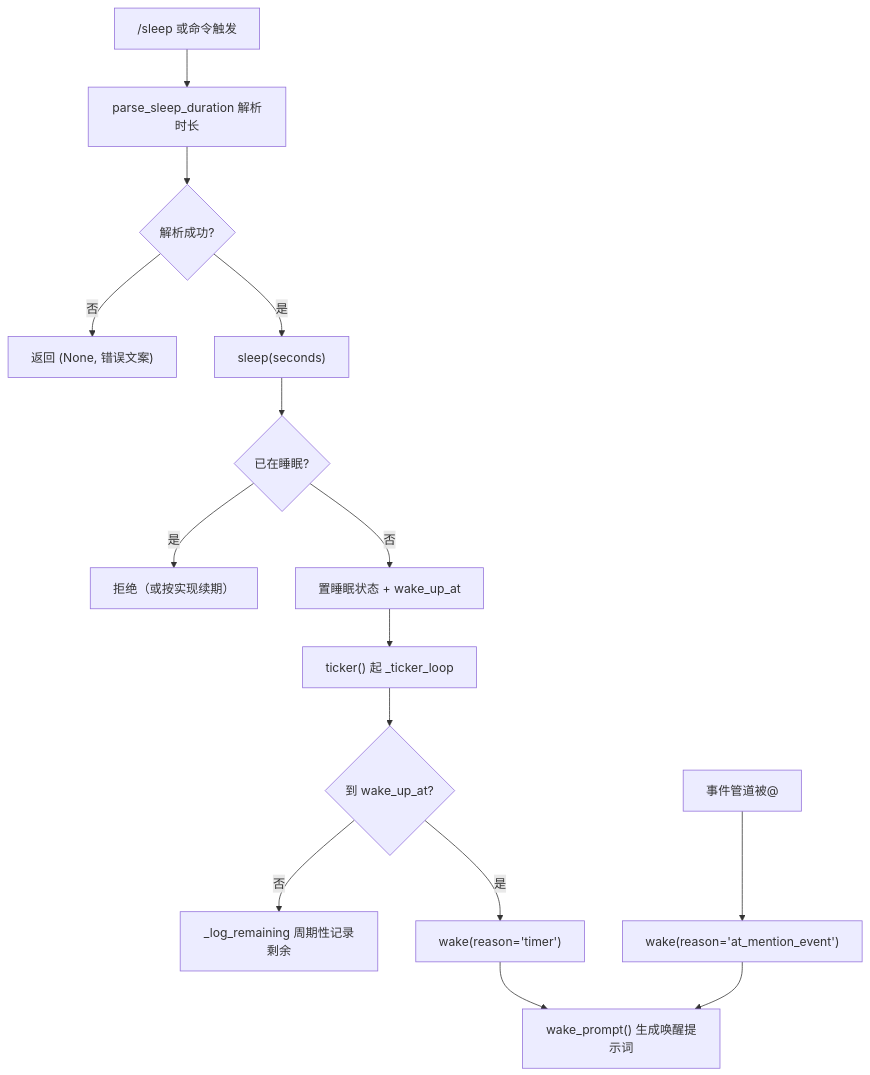
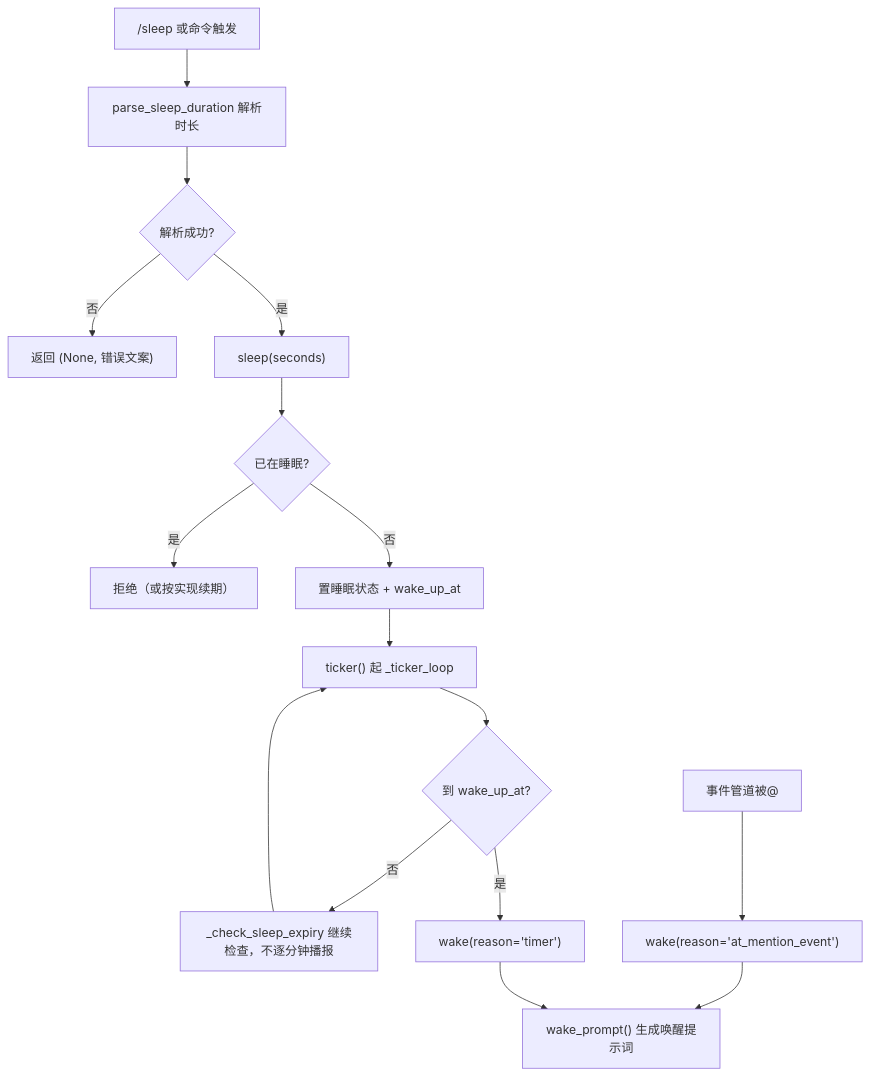
Before and after one commit to SuperQuail/NeoBot: the sixth of 8 diagrams in docs/flow/16-scheduled-tasks.md, drawn with Mermaid. The commit also changed 163 other files, not shown here.

````diff
--- a/docs/flow/16-scheduled-tasks.md
+++ b/docs/flow/16-scheduled-tasks.md
@@ -157,17 +157,18 @@
 ```mermaid
 flowchart TD
     A["/sleep 或命令触发"] --> B["parse_sleep_duration 解析时长"]
     B --> C{"解析成功?"}
     C -- 否 --> C1["返回 (None, 错误文案)"]
     C -- 是 --> D["sleep(seconds)"]
     D --> E{"已在睡眠?"}
     E -- 是 --> E1["拒绝（或按实现续期）"]
     E -- 否 --> F["置睡眠状态 + wake_up_at"]
     F --> G["ticker() 起 _ticker_loop"]
     G --> H{"到 wake_up_at?"}
-    H -- 否 --> I["_log_remaining 周期性记录剩余"]
+    H -- 否 --> I["_check_sleep_expiry 继续检查，不逐分钟播报"]
+    I --> G
     H -- 是 --> J["wake(reason='timer')"]
     K["事件管道被@"] --> L["wake(reason='at_mention_event')"]
     L --> M["wake_prompt() 生成唤醒提示词"]
     J --> M
 ```
````
